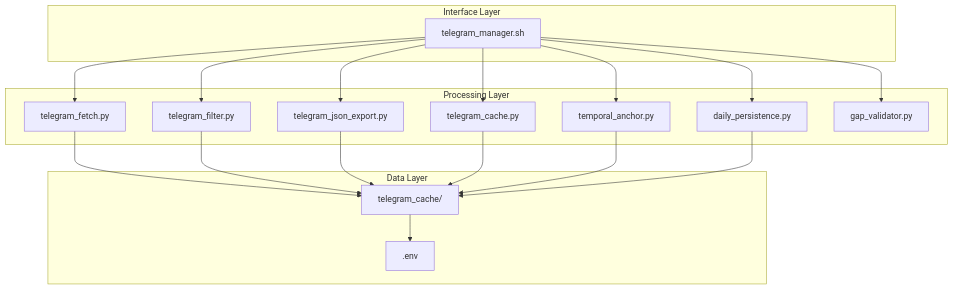
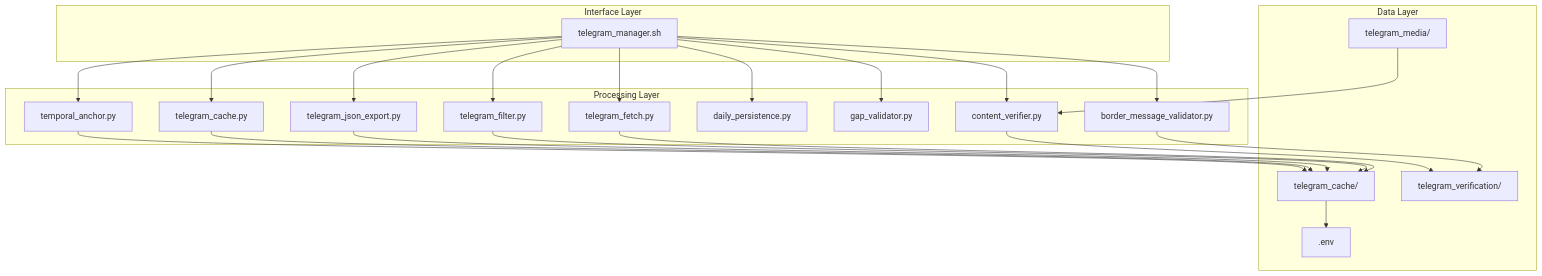
Before and after one commit to almazom/MCP-Fallback-Scripts: the second of 8 diagrams in .qoder/repowiki/en/content/JSON-Based Architecture Overview.md, drawn with Mermaid. The commit also changed other lines of this file and 18 other files, not shown here.

````diff
--- a/.qoder/repowiki/en/content/JSON-Based Architecture Overview.md
+++ b/.qoder/repowiki/en/content/JSON-Based Architecture Overview.md
@@ -70,33 +86,41 @@
 ```mermaid
 graph TD
 subgraph "Interface Layer"
 A[telegram_manager.sh]
 end
 subgraph "Processing Layer"
 B[telegram_fetch.py]
 C[telegram_filter.py]
 D[telegram_json_export.py]
 E[telegram_cache.py]
 F[temporal_anchor.py]
 G[daily_persistence.py]
 H[gap_validator.py]
+I[border_message_validator.py]
+J[content_verifier.py]
 end
 subgraph "Data Layer"
-I[telegram_cache/]
-J[.env]
+K[telegram_cache/]
+L[.env]
+M[telegram_media/]
+N[telegram_verification/]
 end
 A --> B
 A --> C
 A --> D
 A --> E
 A --> F
 A --> G
 A --> H
-B --> I
-C --> I
-D --> I
-E --> I
-F --> I
-G --> I
-I --> J
+A --> I
+A --> J
+B --> K
+C --> K
+D --> K
+E --> K
+F --> K
+I --> N
+J --> N
+K --> L
+M --> J
 ```
````
